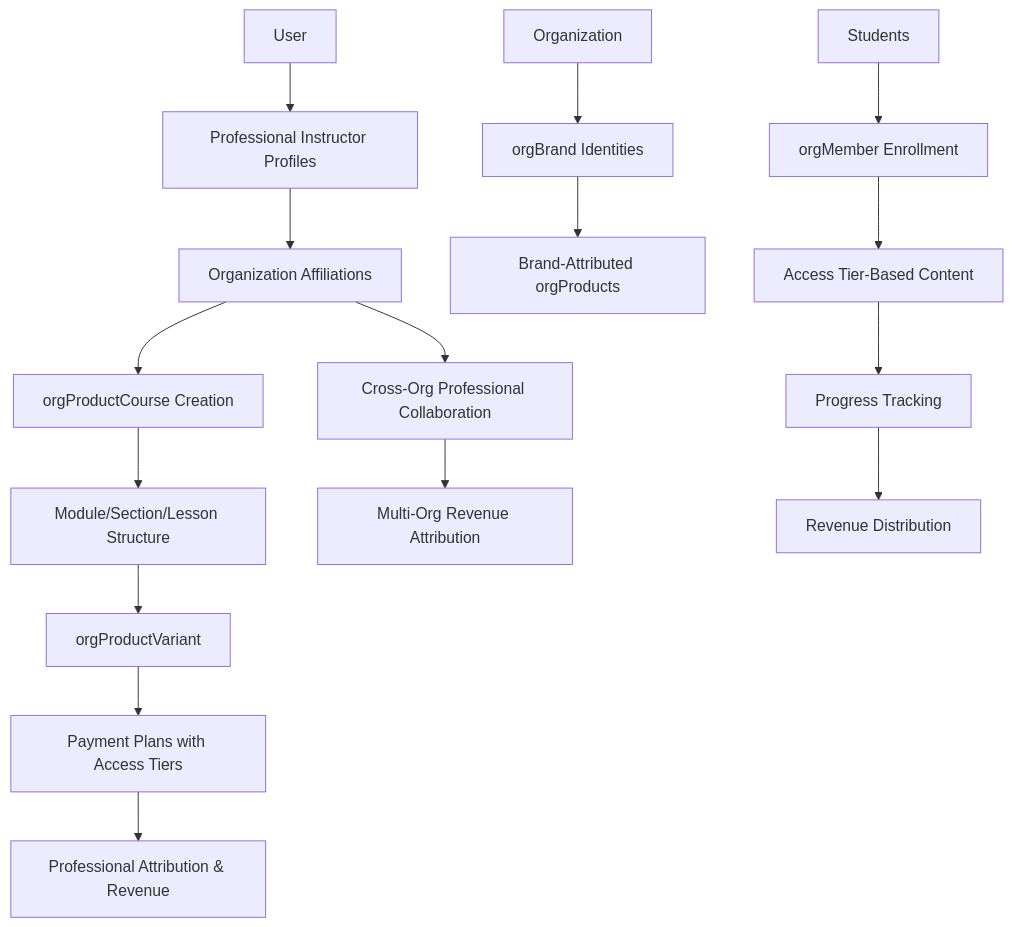
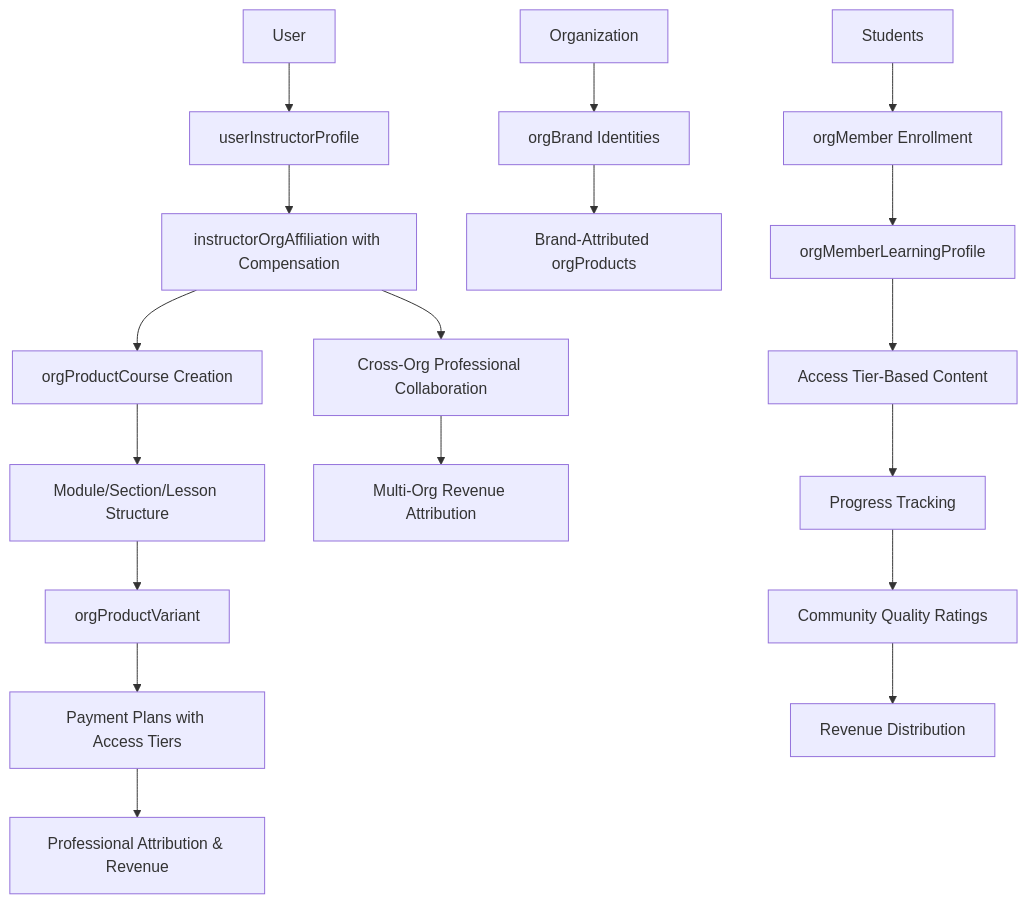
The second of 5 diagrams in apps/volmify/src/server/libs/db/schema/README.md (DreamEcho100/maze), drawn with Mermaid before and after one commit. The commit also changed other lines of this file and 5 other files, not shown here.

````diff
--- a/apps/volmify/src/server/libs/db/schema/README.md
+++ b/apps/volmify/src/server/libs/db/schema/README.md
@@ -189,21 +201,23 @@
 ```mermaid
 graph TD
-    A[User] --> B[Professional Instructor Profiles]
-    B --> C[Organization Affiliations]
+    A[User] --> B[userInstructorProfile]
+    B --> C[instructorOrgAffiliation with Compensation]
     C --> D[orgProductCourse Creation]
     D --> E[Module/Section/Lesson Structure]
     E --> F[orgProductVariant]
     F --> G[Payment Plans with Access Tiers]
     G --> H[Professional Attribution & Revenue]
     
     I[Organization] --> J[orgBrand Identities]
     J --> K[Brand-Attributed orgProducts]
     
     C --> L[Cross-Org Professional Collaboration]
     L --> M[Multi-Org Revenue Attribution]
     
     N[Students] --> O[orgMember Enrollment]
-    O --> P[Access Tier-Based Content]
-    P --> Q[Progress Tracking]
-    Q --> R[Revenue Distribution]
+    O --> P[orgMemberLearningProfile]
+    P --> Q[Access Tier-Based Content]
+    Q --> R[Progress Tracking]
+    R --> S[Community Quality Ratings]
+    S --> T[Revenue Distribution]
 ```
````
